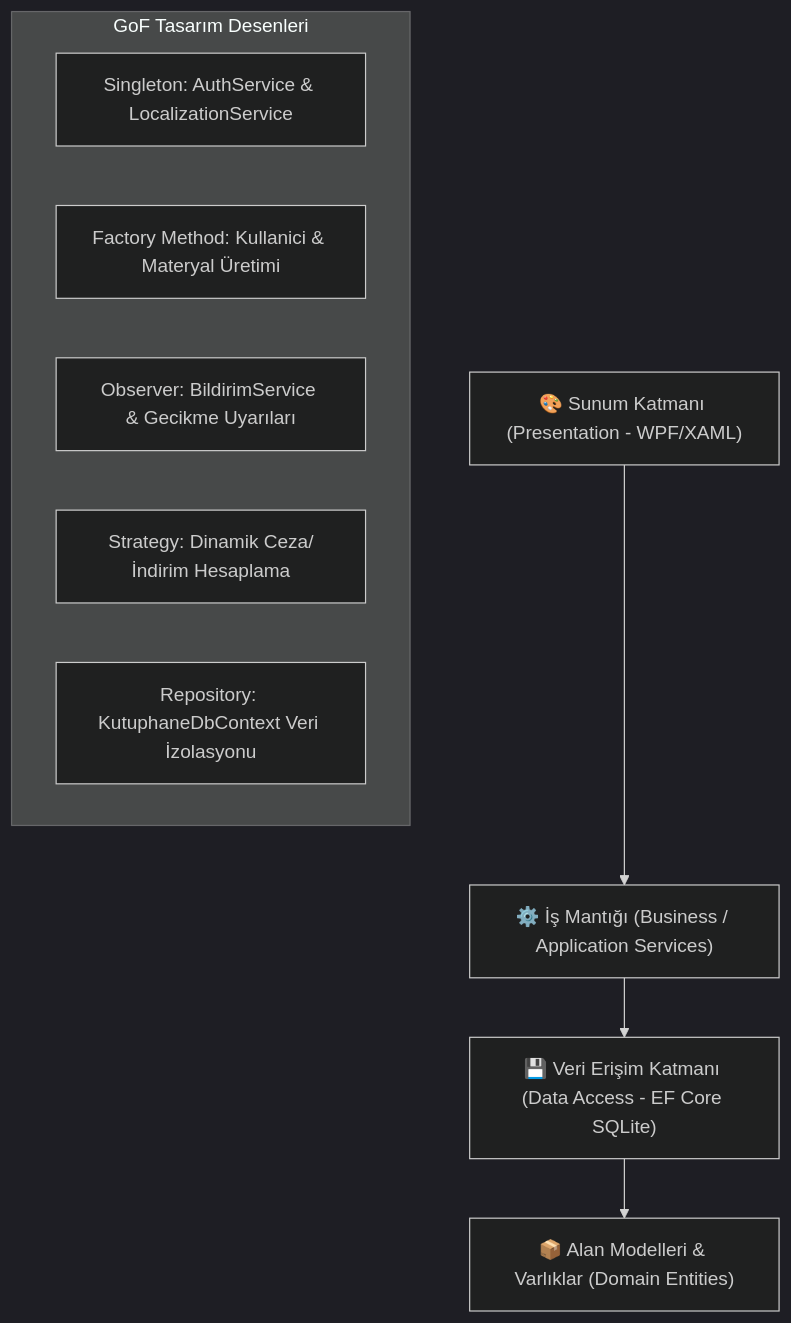
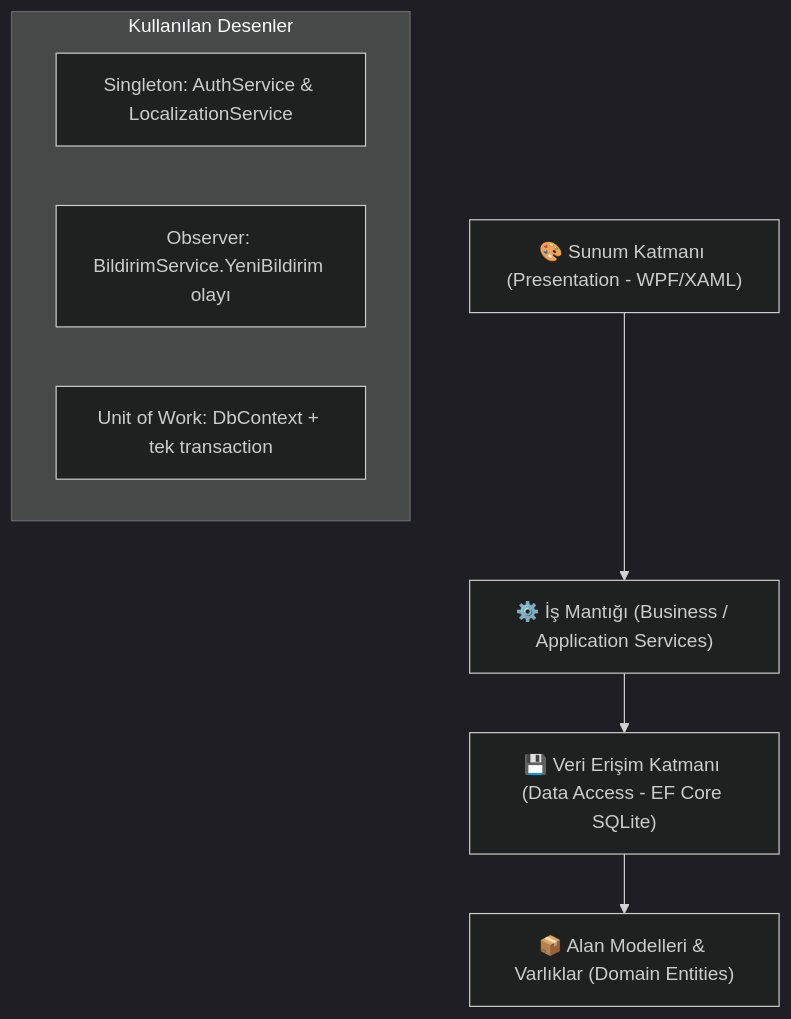
Before and after one commit to sudenurozturkk/KutuphaneOtomasyonu: the diagram in README.md, drawn with Mermaid (dark theme). The commit also changed other lines of this file and 4 other files, not shown here.

````diff
--- a/README.md
+++ b/README.md
@@ -37,14 +37,12 @@
 ```mermaid
 graph TD
     UI["🎨 Sunum Katmanı (Presentation - WPF/XAML)"] --> Service["⚙️ İş Mantığı (Business / Application Services)"]
     Service --> Data["💾 Veri Erişim Katmanı (Data Access - EF Core SQLite)"]
     Data --> Domain["📦 Alan Modelleri & Varlıklar (Domain Entities)"]
 
-    subgraph "GoF Tasarım Desenleri"
+    subgraph "Kullanılan Desenler"
         S["Singleton: AuthService & LocalizationService"]
-        F["Factory Method: Kullanici & Materyal Üretimi"]
-        O["Observer: BildirimService & Gecikme Uyarıları"]
-        ST["Strategy: Dinamik Ceza/İndirim Hesaplama"]
-        R["Repository: KutuphaneDbContext Veri İzolasyonu"]
+        O["Observer: BildirimService.YeniBildirim olayı"]
+        U["Unit of Work: DbContext + tek transaction"]
     end
 ```
````
